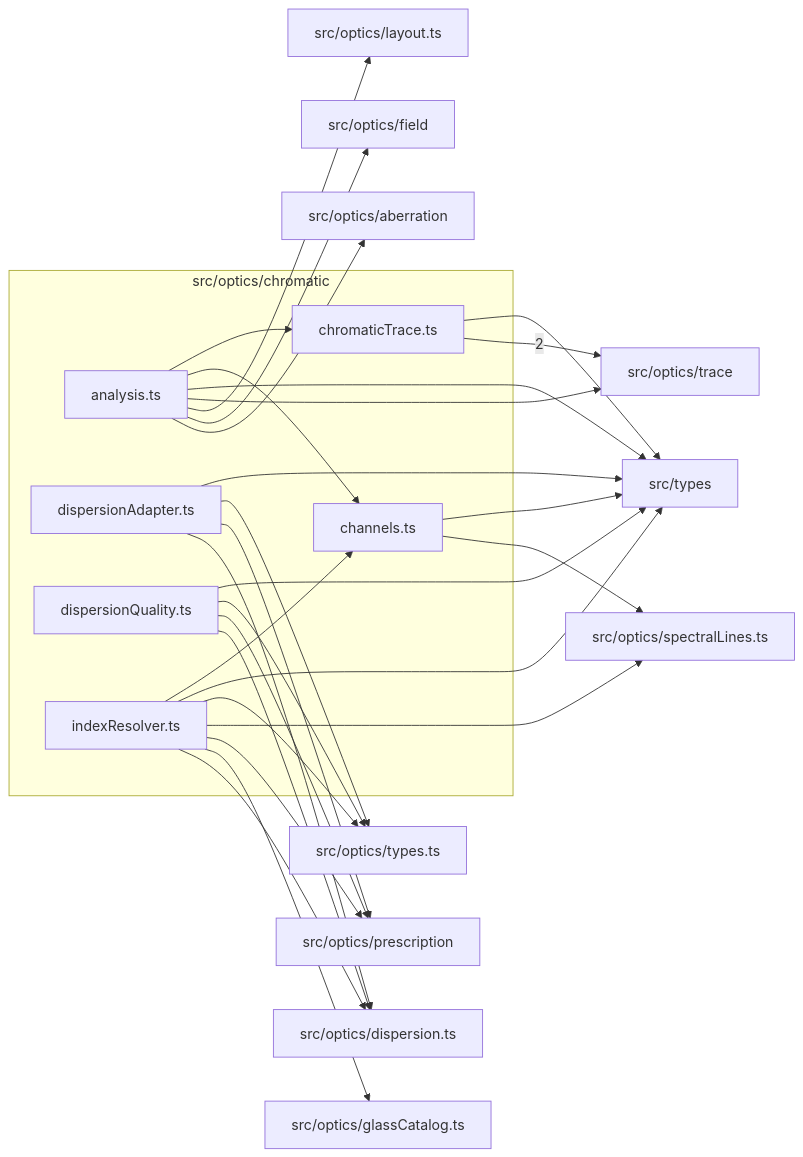
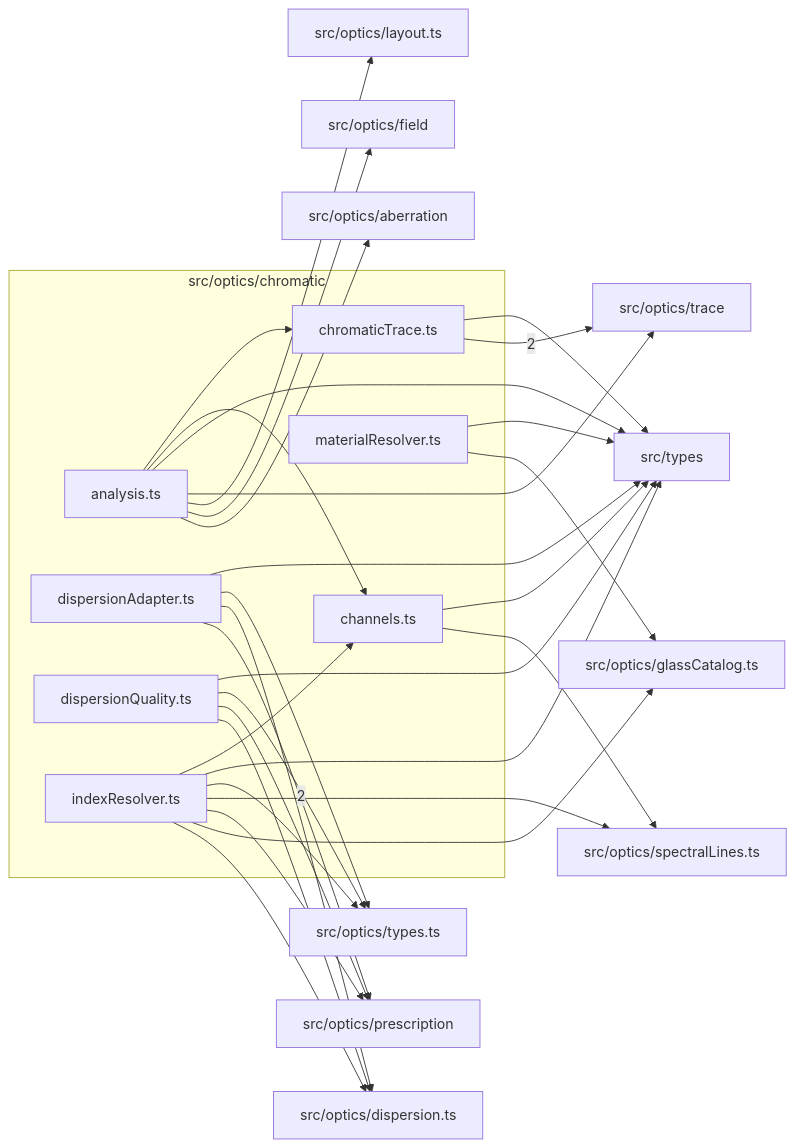
One commit to ronbuening/LensVisualizer changed the diagram in src/optics/chromatic/readme.md. Above: the diagram before and after it, drawn with Mermaid. The commit also changed other lines of this file and 70 other files, not shown here.

````diff
--- a/src/optics/chromatic/readme.md
+++ b/src/optics/chromatic/readme.md
@@ -9,47 +9,50 @@
 ```mermaid
 flowchart LR
   subgraph n_src_optics_chromatic["src/optics/chromatic"]
     n_src_optics_chromatic_src_optics_chromatic_analysis_ts["analysis.ts"]
     n_src_optics_chromatic_src_optics_chromatic_channels_ts["channels.ts"]
     n_src_optics_chromatic_src_optics_chromatic_chromaticTrace_ts["chromaticTrace.ts"]
     n_src_optics_chromatic_src_optics_chromatic_dispersionAdapter_ts["dispersionAdapter.ts"]
     n_src_optics_chromatic_src_optics_chromatic_dispersionQuality_ts["dispersionQuality.ts"]
     n_src_optics_chromatic_src_optics_chromatic_indexResolver_ts["indexResolver.ts"]
+    n_src_optics_chromatic_src_optics_chromatic_materialResolver_ts["materialResolver.ts"]
   end
+  n_external_src_optics_prescription["src/optics/prescription"]
   n_external_src_optics_trace["src/optics/trace"]
   n_external_src_optics_aberration["src/optics/aberration"]
   n_external_src_optics_dispersion_ts["src/optics/dispersion.ts"]
   n_external_src_optics_field["src/optics/field"]
   n_external_src_optics_glassCatalog_ts["src/optics/glassCatalog.ts"]
   n_external_src_optics_layout_ts["src/optics/layout.ts"]
-  n_external_src_optics_prescription["src/optics/prescription"]
   n_external_src_optics_spectralLines_ts["src/optics/spectralLines.ts"]
   n_external_src_optics_types_ts["src/optics/types.ts"]
   n_external_src_types["src/types"]
+  n_src_optics_chromatic_src_optics_chromatic_dispersionAdapter_ts --> |2| n_external_src_optics_prescription
   n_src_optics_chromatic_src_optics_chromatic_chromaticTrace_ts --> |2| n_external_src_optics_trace
   n_src_optics_chromatic_src_optics_chromatic_analysis_ts --> n_external_src_optics_aberration
   n_src_optics_chromatic_src_optics_chromatic_dispersionAdapter_ts --> n_external_src_optics_dispersion_ts
   n_src_optics_chromatic_src_optics_chromatic_dispersionQuality_ts --> n_external_src_optics_dispersion_ts
   n_src_optics_chromatic_src_optics_chromatic_indexResolver_ts --> n_external_src_optics_dispersion_ts
   n_src_optics_chromatic_src_optics_chromatic_analysis_ts --> n_external_src_optics_field
   n_src_optics_chromatic_src_optics_chromatic_indexResolver_ts --> n_external_src_optics_glassCatalog_ts
+  n_src_optics_chromatic_src_optics_chromatic_materialResolver_ts --> n_external_src_optics_glassCatalog_ts
   n_src_optics_chromatic_src_optics_chromatic_analysis_ts --> n_external_src_optics_layout_ts
-  n_src_optics_chromatic_src_optics_chromatic_dispersionAdapter_ts --> n_external_src_optics_prescription
   n_src_optics_chromatic_src_optics_chromatic_dispersionQuality_ts --> n_external_src_optics_prescription
   n_src_optics_chromatic_src_optics_chromatic_indexResolver_ts --> n_external_src_optics_prescription
   n_src_optics_chromatic_src_optics_chromatic_channels_ts --> n_external_src_optics_spectralLines_ts
   n_src_optics_chromatic_src_optics_chromatic_indexResolver_ts --> n_external_src_optics_spectralLines_ts
   n_src_optics_chromatic_src_optics_chromatic_analysis_ts --> n_external_src_optics_trace
   n_src_optics_chromatic_src_optics_chromatic_dispersionAdapter_ts --> n_external_src_optics_types_ts
   n_src_optics_chromatic_src_optics_chromatic_dispersionQuality_ts --> n_external_src_optics_types_ts
   n_src_optics_chromatic_src_optics_chromatic_indexResolver_ts --> n_external_src_optics_types_ts
   n_src_optics_chromatic_src_optics_chromatic_analysis_ts --> n_external_src_types
   n_src_optics_chromatic_src_optics_chromatic_channels_ts --> n_external_src_types
   n_src_optics_chromatic_src_optics_chromatic_chromaticTrace_ts --> n_external_src_types
   n_src_optics_chromatic_src_optics_chromatic_dispersionAdapter_ts --> n_external_src_types
   n_src_optics_chromatic_src_optics_chromatic_dispersionQuality_ts --> n_external_src_types
   n_src_optics_chromatic_src_optics_chromatic_indexResolver_ts --> n_external_src_types
+  n_src_optics_chromatic_src_optics_chromatic_materialResolver_ts --> n_external_src_types
   n_src_optics_chromatic_src_optics_chromatic_analysis_ts --> n_src_optics_chromatic_src_optics_chromatic_channels_ts
   n_src_optics_chromatic_src_optics_chromatic_indexResolver_ts --> n_src_optics_chromatic_src_optics_chromatic_channels_ts
   n_src_optics_chromatic_src_optics_chromatic_analysis_ts --> n_src_optics_chromatic_src_optics_chromatic_chromaticTrace_ts
 ```
````
